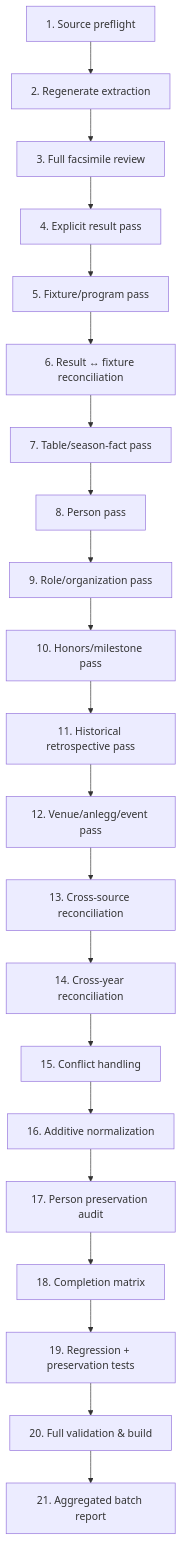
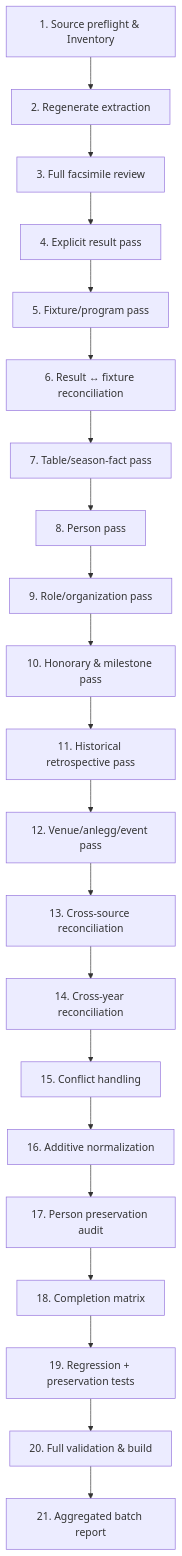
Before and after one commit to mlervaag/aafkstats: the diagram in docs/HISTORISK_KILDEINNHOSTING_RUNBOOK.md, drawn with Mermaid. The commit also changed other lines of this file and 5 other files, not shown here.

Commit message:
Juster kildeinnhøstingsrunbook og maler mot faktisk schema og filstruktur

````diff
--- a/docs/HISTORISK_KILDEINNHOSTING_RUNBOOK.md
+++ b/docs/HISTORISK_KILDEINNHOSTING_RUNBOOK.md
@@ -59,23 +99,23 @@
 ```mermaid
 flowchart TD
-    S1[1. Source preflight] --> S2[2. Regenerate extraction]
+    S1[1. Source preflight & Inventory] --> S2[2. Regenerate extraction]
     S2 --> S3[3. Full facsimile review]
     S3 --> S4[4. Explicit result pass]
     S4 --> S5[5. Fixture/program pass]
     S5 --> S6[6. Result ↔ fixture reconciliation]
     S6 --> S7[7. Table/season-fact pass]
     S7 --> S8[8. Person pass]
     S8 --> S9[9. Role/organization pass]
-    S9 --> S10[10. Honors/milestone pass]
+    S9 --> S10[10. Honorary & milestone pass]
     S10 --> S11[11. Historical retrospective pass]
     S11 --> S12[12. Venue/anlegg/event pass]
     S12 --> S13[13. Cross-source reconciliation]
     S13 --> S14[14. Cross-year reconciliation]
     S14 --> S15[15. Conflict handling]
     S15 --> S16[16. Additive normalization]
     S16 --> S17[17. Person preservation audit]
     S17 --> S18[18. Completion matrix]
     S18 --> S19[19. Regression + preservation tests]
     S19 --> S20[20. Full validation & build]
     S20 --> S21[21. Aggregated batch report]
 ```
````
